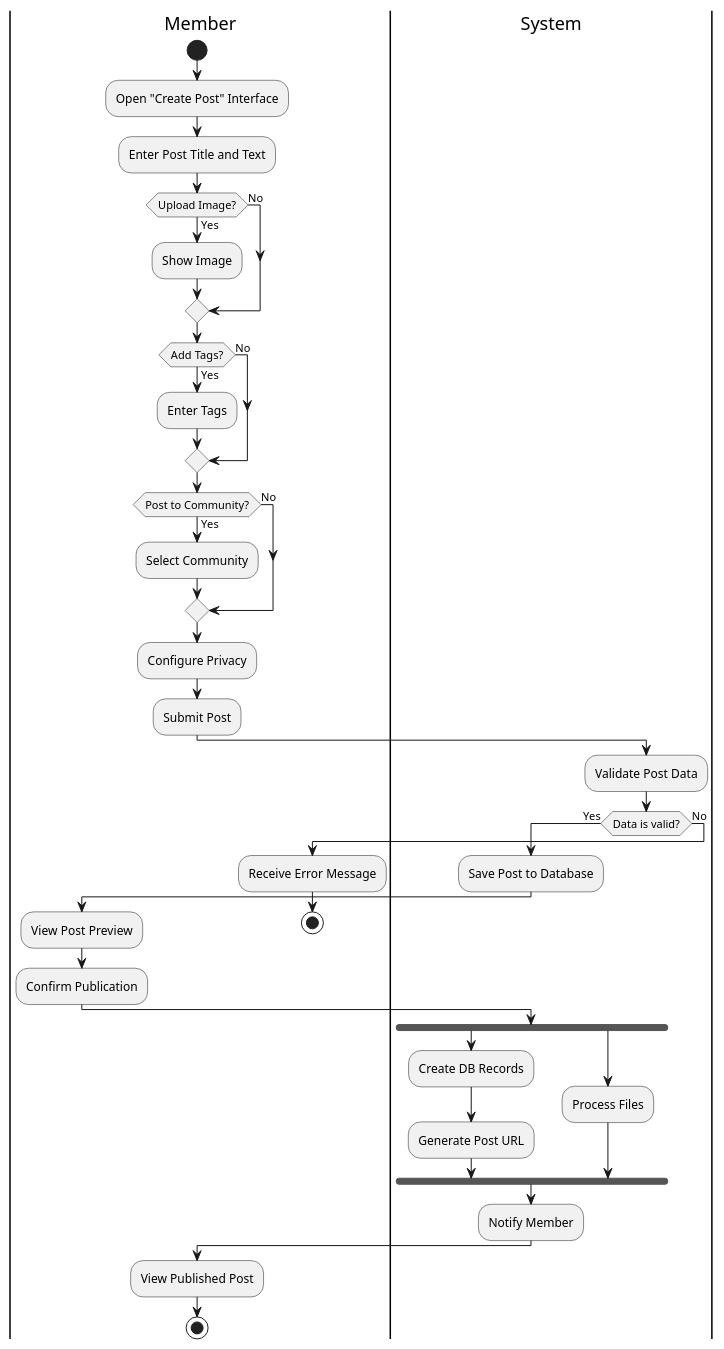
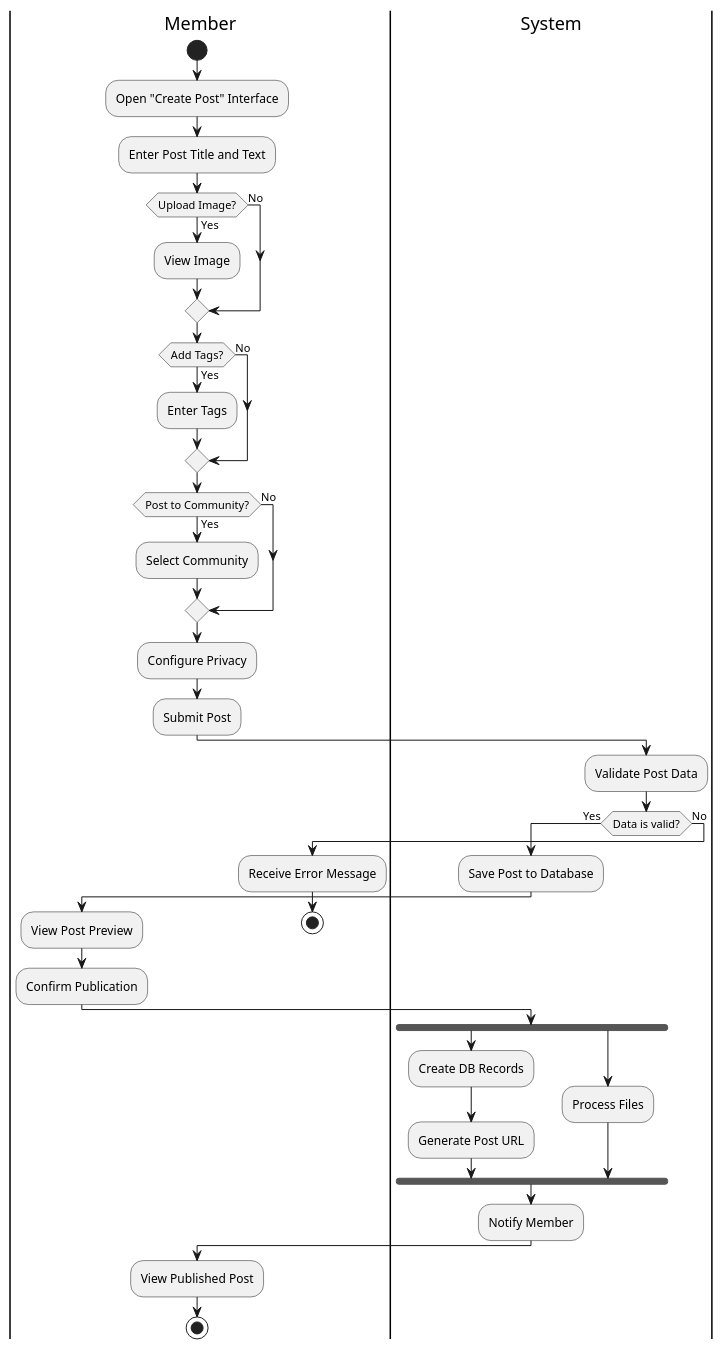
The diagram in kpi/Activity Diagram/PlantUML/activity.puml (fakeowl1/microblog-api), drawn with PlantUML before and after one commit. The commit also changed 3 other files, not shown here.

Commit message:
docs: add activity and BPMN diagrams

```diff
--- a/kpi/Activity Diagram/PlantUML/activity.puml
+++ b/kpi/Activity Diagram/PlantUML/activity.puml
@@ -1,59 +1,59 @@
 @startuml
 
 |Member|
 start
 :Open "Create Post" Interface;
 :Enter Post Title and Text;
 
 ' ---------- Upload Image ----------
 if (Upload Image?) then (Yes)
-  :Show Image;
+  :View Image;
 else (No)
 endif
 
 ' ---------- Tags ----------
 if (Add Tags?) then (Yes)
   :Enter Tags;
 else (No)
 endif
 
 ' ---------- Community ----------
 if (Post to Community?) then (Yes)
   :Select Community;
 else (No)
 endif
 
 :Configure Privacy;
 :Submit Post;
 
 |System|
 :Validate Post Data;
 
 if (Data is valid?) then (Yes)
     :Save Post to Database;
     |Member|
     :View Post Preview;
     :Confirm Publication;
 
     |System|
   fork
     :Create DB Records;
     :Generate Post URL;
   fork again
     :Process Files;
   end fork
 
 
   :Notify Member;
 
 else (No)
   |Member|
   :Receive Error Message;
   stop
 endif
 
 |Member|
 :View Published Post;
 
 stop
 @enduml
```
